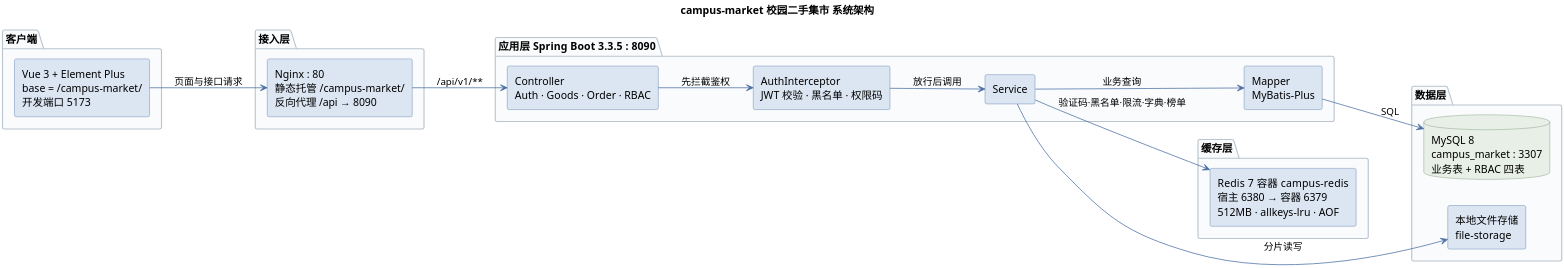
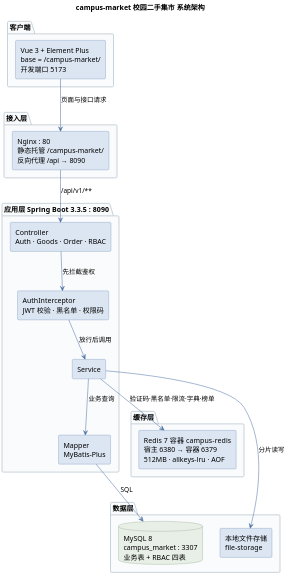
One commit to idort24/campus-market changed the diagram in docs/答辩物料/图1_系统架构.puml. Above: the diagram before and after it, drawn with PlantUML. The commit also changed 1 other file, not shown here.

Commit message:
docs(plantuml): 修正架构图横向裁切与消息标签，scale 统一改为 2

```diff
--- a/docs/答辩物料/图1_系统架构.puml
+++ b/docs/答辩物料/图1_系统架构.puml
@@ -1,49 +1,48 @@
 @startuml
 title campus-market 校园二手集市 系统架构
-left to right direction
-scale 3
+scale 2
 
 skinparam shadowing false
 skinparam defaultFontName "Microsoft YaHei"
 skinparam componentStyle rectangle
 skinparam arrowColor #4A6FA5
 skinparam packageBackgroundColor #FAFBFC
 skinparam packageBorderColor #B9C4CE
 skinparam componentBackgroundColor #DCE6F2
 skinparam componentBorderColor #4A6FA5
 skinparam databaseBackgroundColor #E8EFE6
 skinparam databaseBorderColor #6B8E6B
 
 package "客户端" {
   component "Vue 3 + Element Plus\nbase = /campus-market/\n开发端口 5173" as FE
 }
 
 package "接入层" {
   component "Nginx : 80\n静态托管 /campus-market/\n反向代理 /api → 8090" as NG
 }
 
 package "应用层  Spring Boot 3.3.5 : 8090" {
   component "Controller\nAuth · Goods · Order · RBAC" as C
   component "AuthInterceptor\nJWT 校验 · 黑名单 · 权限码" as I
   component "Service" as S
   component "Mapper\nMyBatis-Plus" as M
 }
 
 package "缓存层" {
   component "Redis 7  容器 campus-redis\n宿主 6380 → 容器 6379\n512MB · allkeys-lru · AOF" as R
 }
 
 package "数据层" {
   database "MySQL 8\ncampus_market : 3307\n业务表 + RBAC 四表" as DB
   component "本地文件存储\nfile-storage" as FS
 }
 
 FE --> NG : 页面与接口请求
 NG --> C : /api/v1/**
 C --> I : 先拦截鉴权
 I --> S : 放行后调用
 S --> M : 业务查询
 S --> R : 验证码·黑名单·限流·字典·榜单
 M --> DB : SQL
 S --> FS : 分片读写
 @enduml
```
